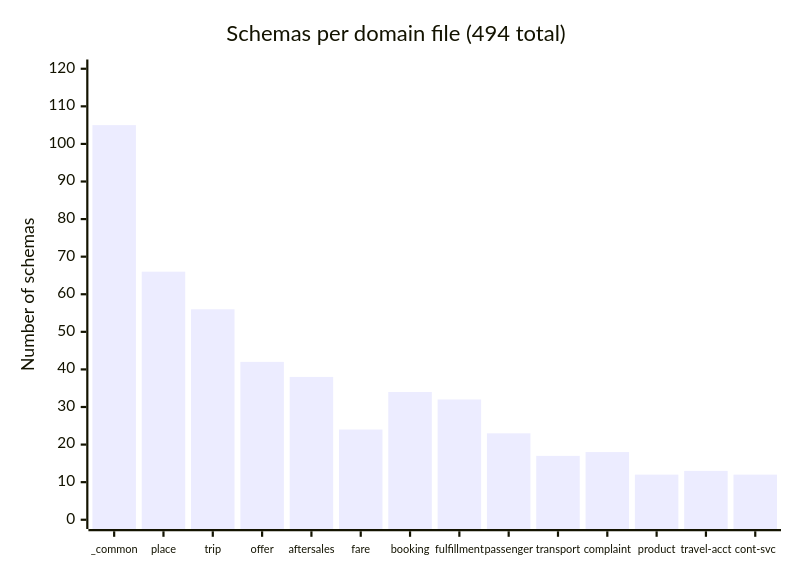
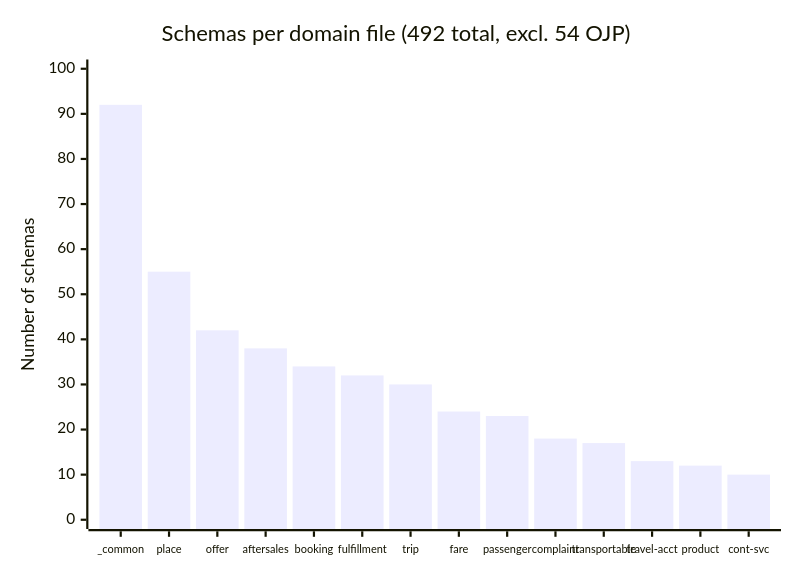
One commit to UnionInternationalCheminsdeFer/OSDM changed diagram 13 of 14 in specification/v3.9/modularization.md. Above: the diagram before and after it, drawn with Mermaid. The commit also changed other lines of this file, not shown here.

Commit message:
feat: update modularization documentation with revised directory structure and schema details

````diff
--- a/specification/v3.9/modularization.md
+++ b/specification/v3.9/modularization.md
@@ -306,13 +1170,13 @@
 ```mermaid
 ---
 config:
   xyChart:
     xAxis:
       labelFontSize: 10
 ---
 xychart-beta
-    title "Schemas per domain file (494 total)"
-    x-axis ["_common", "place", "trip", "offer", "aftersales", "fare", "booking", "fulfillment", "passenger", "transport", "complaint", "product", "travel-acct", "cont-svc"]
-    y-axis "Number of schemas" 0 --> 120
-    bar [105, 66, 56, 42, 38, 24, 34, 32, 23, 17, 18, 12, 13, 12]
+    title "Schemas per domain file (492 total, excl. 54 OJP)"
+    x-axis ["_common", "place", "offer", "aftersales", "booking", "fulfillment", "trip", "fare", "passenger", "complaint", "transportable", "travel-acct", "product", "cont-svc"]
+    y-axis "Number of schemas" 0 --> 100
+    bar [92, 55, 42, 38, 34, 32, 30, 24, 23, 18, 17, 13, 12, 10]
 ```
````
